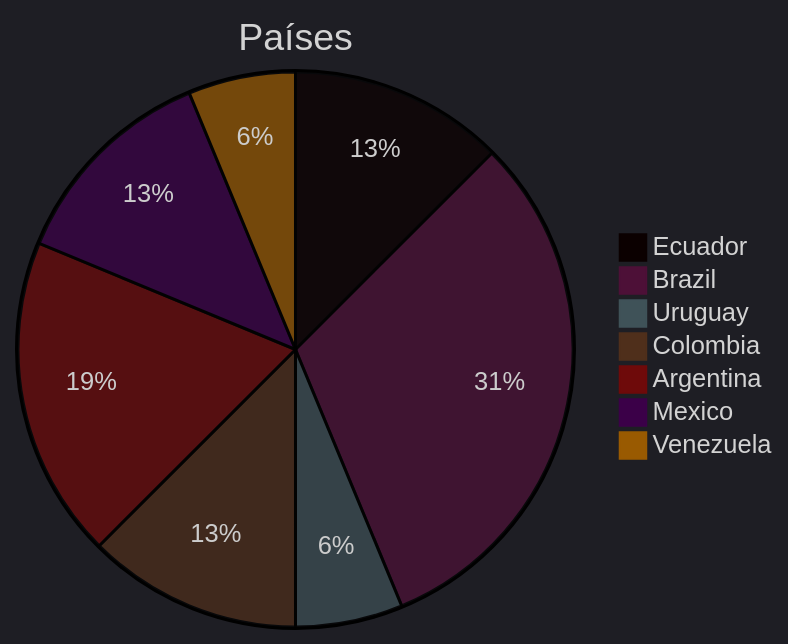
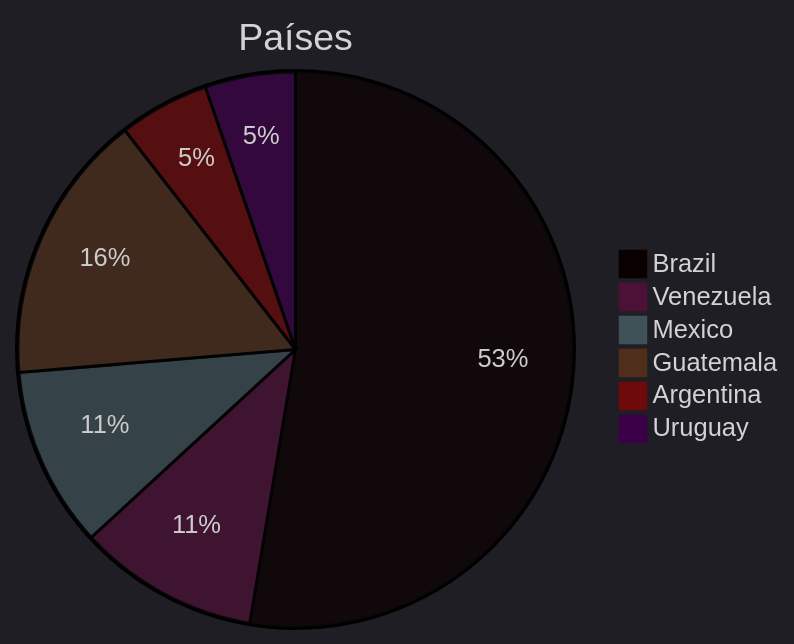
One commit to ZoqueLabs/website changed the first of 5 diagrams in exfiltradaz.md. Above: the diagram before and after it, drawn with Mermaid. The commit also changed other lines of this file and 1 other file, not shown here.

````diff
--- a/exfiltradaz.md
+++ b/exfiltradaz.md
@@ -41,14 +47,13 @@
 ```mermaid
 ---
 config:
   theme: dark
 ---
 pie title Países
-  "Ecuador" : 2
-  "Brazil" : 5
+  "Brazil" : 10
+  "Venezuela" : 2
+  "Mexico" : 2
+  "Guatemala" : 3
+  "Argentina" : 1
   "Uruguay" : 1
-  "Colombia" : 2
-  "Argentina" : 3
-  "Mexico" : 2
-  "Venezuela" : 1
 ```
````
